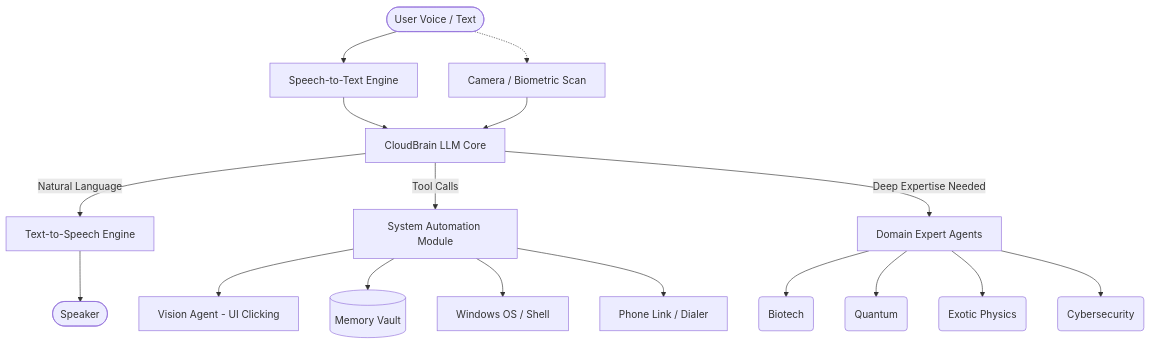
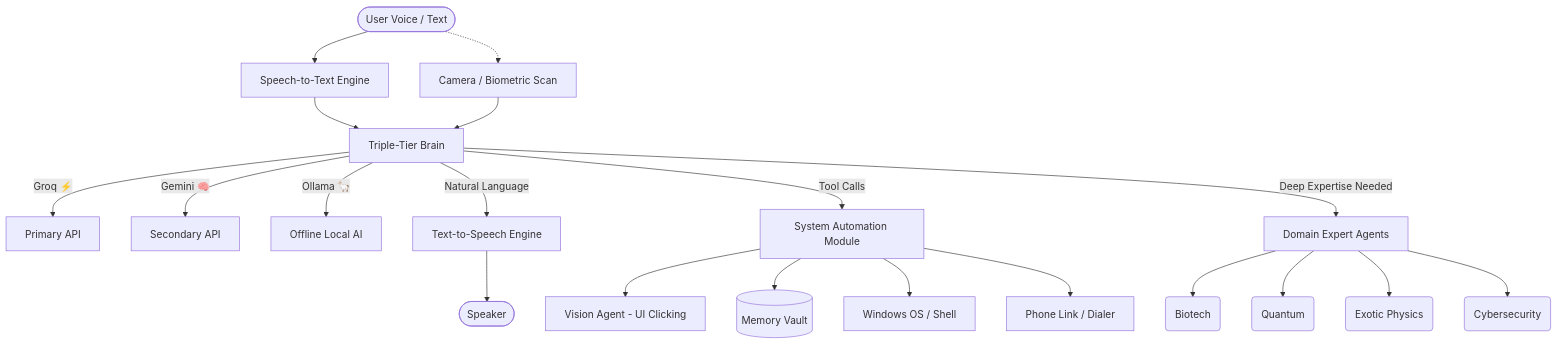
Before and after one commit to Rahul9969/JARVIS-PRIME: the diagram in README.md, drawn with Mermaid. The commit also changed other lines of this file, not shown here.

Commit message:
docs: Comprehensive README update with detailed commands and architecture

````diff
--- a/README.md
+++ b/README.md
@@ -25,25 +127,29 @@
 ```mermaid
 graph TD
     User([User Voice / Text]) --> STT[Speech-to-Text Engine]
     User -.-> Biometrics[Camera / Biometric Scan]
     
-    STT --> Brain[CloudBrain LLM Core]
+    STT --> Brain[Triple-Tier Brain]
     Biometrics --> Brain
+    
+    Brain -->|Groq ⚡| Fast[Primary API]
+    Brain -->|Gemini 🧠| Fallback1[Secondary API]
+    Brain -->|Ollama 🦙| Fallback2[Offline Local AI]
     
     Brain -->|Natural Language| TTS[Text-to-Speech Engine]
     TTS --> Speaker([Speaker])
     
     Brain -->|Tool Calls| Automation[System Automation Module]
     
     Automation --> Vision[Vision Agent - UI Clicking]
     Automation --> Memory[(Memory Vault)]
     Automation --> OS[Windows OS / Shell]
     Automation --> Phone[Phone Link / Dialer]
     
     Brain -->|Deep Expertise Needed| SpecializedAgents[Domain Expert Agents]
     
     SpecializedAgents --> Biotech(Biotech)
     SpecializedAgents --> Quantum(Quantum)
     SpecializedAgents --> Exotic(Exotic Physics)
     SpecializedAgents --> Cyber(Cybersecurity)
 ```
````
